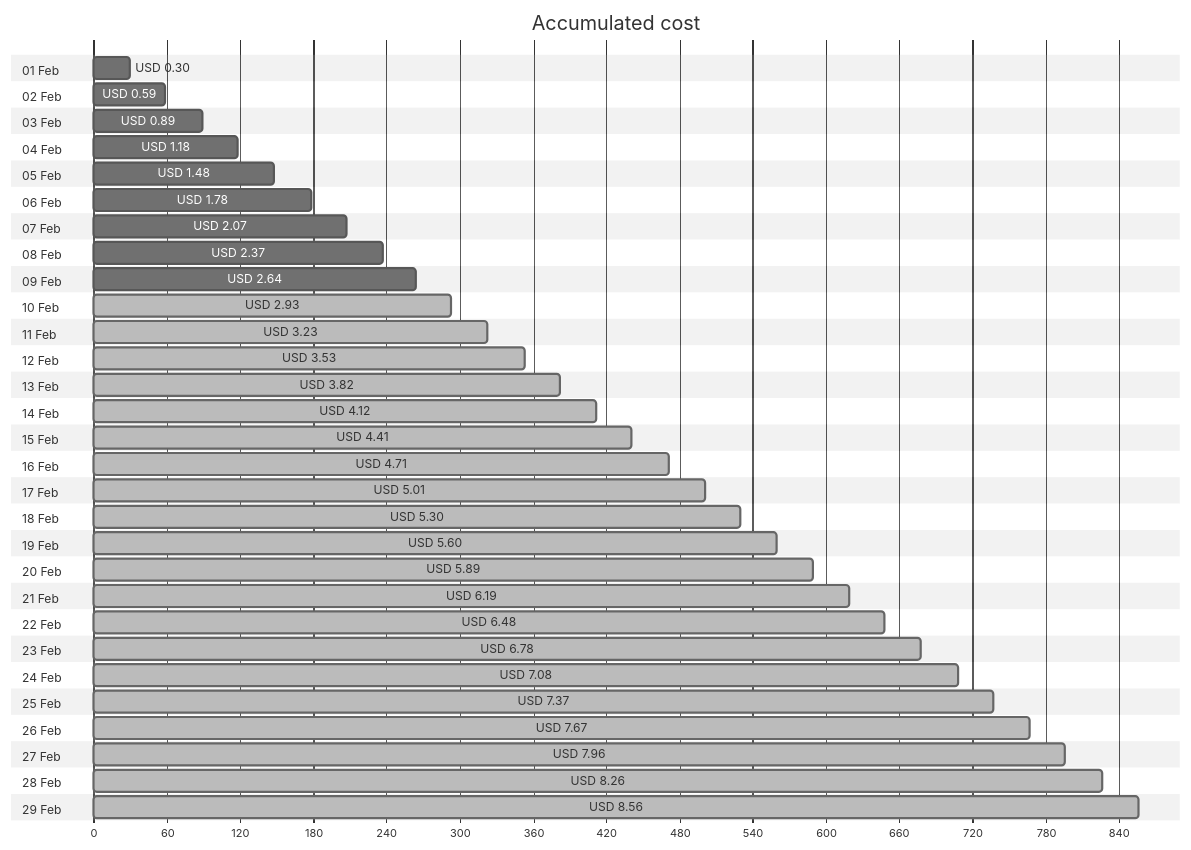
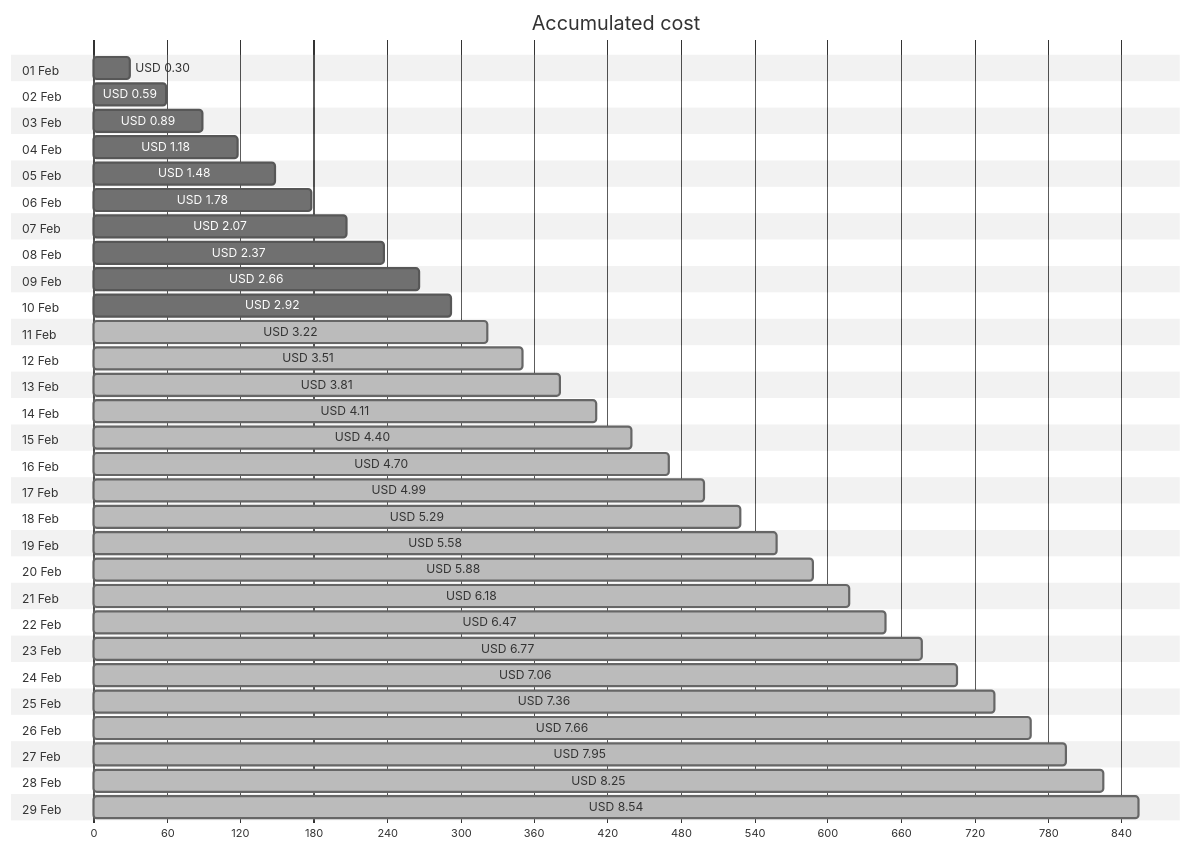
The first of 4 diagrams in cost-reports/personal-site/personal-site-preview.md (jpfulton/azure-personal-reports), drawn with Mermaid (neutral theme) before and after one commit. The commit also changed other lines of this file and 6 other files, not shown here.

````diff
--- a/cost-reports/personal-site/personal-site-preview.md
+++ b/cost-reports/personal-site/personal-site-preview.md
@@ -20,64 +20,64 @@
 ```mermaid
 gantt
    title Accumulated cost
    dateFormat  X
    axisFormat %s
    section 01 Feb
    USD 0.30 :0, 30
    section 02 Feb
    USD 0.59 :0, 59
    section 03 Feb
    USD 0.89 :0, 89
    section 04 Feb
    USD 1.18 :0, 118
    section 05 Feb
    USD 1.48 :0, 148
    section 06 Feb
    USD 1.78 :0, 178
    section 07 Feb
    USD 2.07 :0, 207
    section 08 Feb
    USD 2.37 :0, 237
    section 09 Feb
-   USD 2.64 :0, 264
+   USD 2.66 :0, 266
    section 10 Feb
-   USD 2.93 : done, 0, 293
+   USD 2.92 :0, 292
    section 11 Feb
-   USD 3.23 : done, 0, 323
+   USD 3.22 : done, 0, 322
    section 12 Feb
-   USD 3.53 : done, 0, 353
+   USD 3.51 : done, 0, 351
    section 13 Feb
-   USD 3.82 : done, 0, 382
+   USD 3.81 : done, 0, 381
    section 14 Feb
-   USD 4.12 : done, 0, 412
+   USD 4.11 : done, 0, 411
    section 15 Feb
-   USD 4.41 : done, 0, 441
+   USD 4.40 : done, 0, 440
    section 16 Feb
-   USD 4.71 : done, 0, 471
+   USD 4.70 : done, 0, 470
    section 17 Feb
-   USD 5.01 : done, 0, 501
+   USD 4.99 : done, 0, 499
    section 18 Feb
-   USD 5.30 : done, 0, 530
+   USD 5.29 : done, 0, 529
    section 19 Feb
-   USD 5.60 : done, 0, 560
+   USD 5.58 : done, 0, 558
    section 20 Feb
-   USD 5.89 : done, 0, 589
+   USD 5.88 : done, 0, 588
    section 21 Feb
-   USD 6.19 : done, 0, 619
+   USD 6.18 : done, 0, 618
    section 22 Feb
-   USD 6.48 : done, 0, 648
+   USD 6.47 : done, 0, 647
    section 23 Feb
-   USD 6.78 : done, 0, 678
+   USD 6.77 : done, 0, 677
    section 24 Feb
-   USD 7.08 : done, 0, 708
+   USD 7.06 : done, 0, 706
    section 25 Feb
-   USD 7.37 : done, 0, 737
+   USD 7.36 : done, 0, 736
    section 26 Feb
-   USD 7.67 : done, 0, 767
+   USD 7.66 : done, 0, 766
    section 27 Feb
-   USD 7.96 : done, 0, 796
+   USD 7.95 : done, 0, 795
    section 28 Feb
-   USD 8.26 : done, 0, 826
+   USD 8.25 : done, 0, 825
    section 29 Feb
-   USD 8.56 : done, 0, 856
+   USD 8.54 : done, 0, 854
 ```
````
